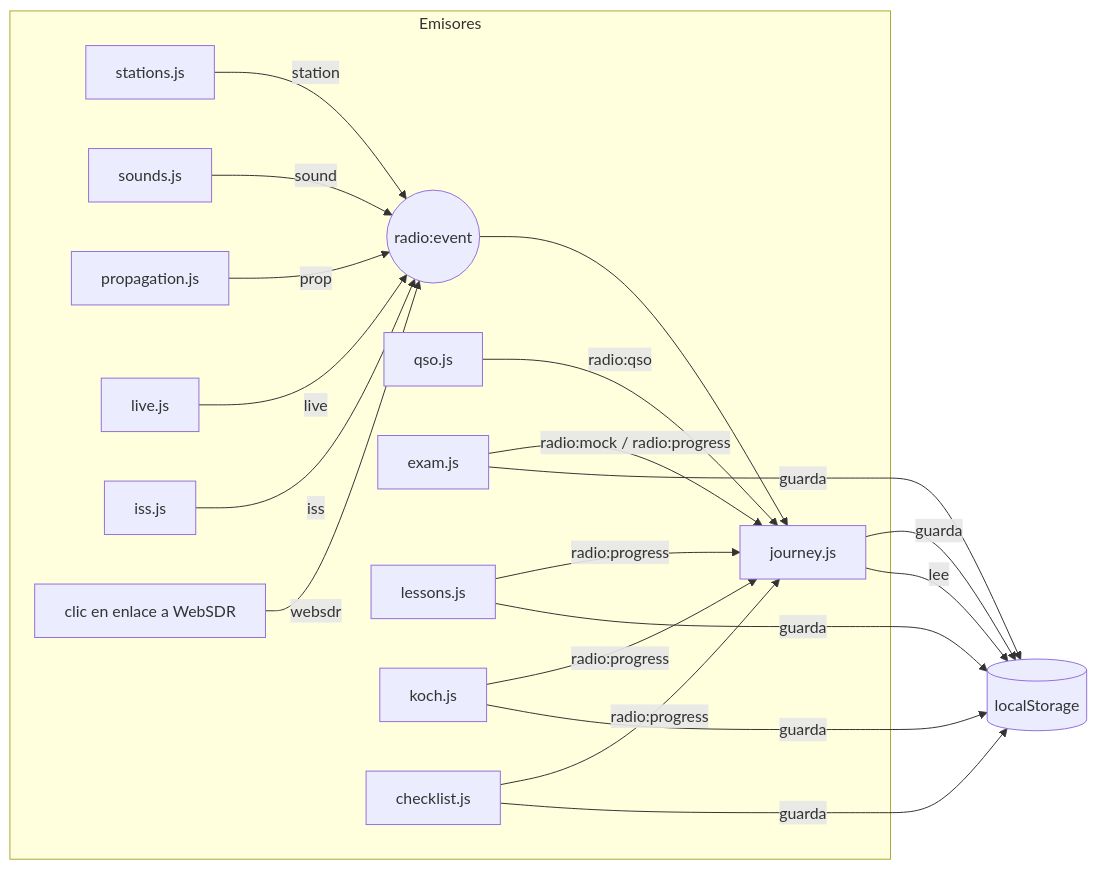
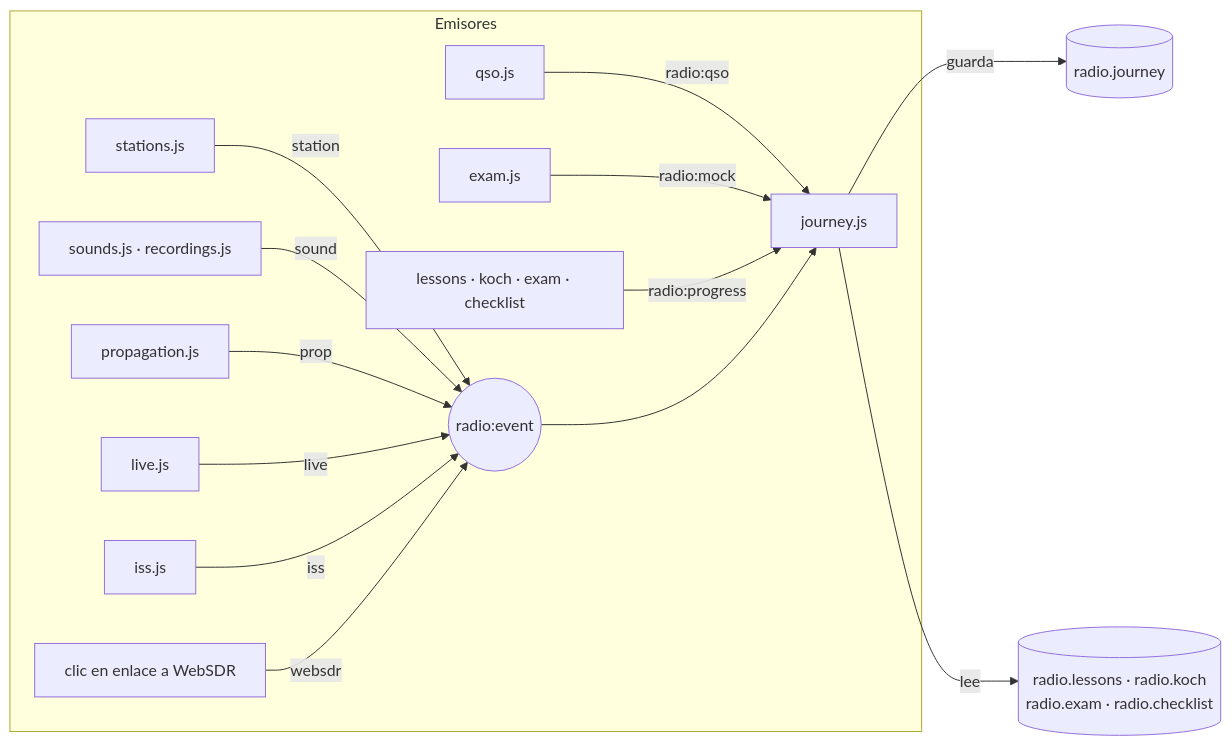
Before and after one commit to serbenda/radio: the fifth of 12 diagrams in docs/ARQUITECTURA.md, drawn with Mermaid. The commit also changed other lines of this file and 27 other files, not shown here.

First line of the commit message:
Documentación completa: índice, historia, arquitectura con diagramas, tutorial, recetas, problemas, estilos y glosario

````diff
--- a/docs/ARQUITECTURA.md
+++ b/docs/ARQUITECTURA.md
@@ -81,23 +277,17 @@
 ```mermaid
 flowchart LR
   subgraph Emisores
     ST[stations.js] -- station --> EV
-    SO[sounds.js] -- sound --> EV
+    SO[sounds.js · recordings.js] -- sound --> EV
     PR[propagation.js] -- prop --> EV
     LI[live.js] -- live --> EV
     IS[iss.js] -- iss --> EV
-    JO_CLICK[clic en enlace a WebSDR] -- websdr --> EV
+    WS[clic en enlace a WebSDR] -- websdr --> EV
     QS[qso.js] -- radio:qso --> J
-    EX[exam.js] -- radio:mock / radio:progress --> J
-    LE[lessons.js] -- radio:progress --> J
-    KO[koch.js] -- radio:progress --> J
-    CH[checklist.js] -- radio:progress --> J
+    EX[exam.js] -- radio:mock --> J
+    P1[lessons · koch · exam · checklist] -- radio:progress --> J
   end
   EV((radio:event)) --> J[journey.js]
-  J -- guarda --> LS[(localStorage)]
-  LE -- guarda --> LS
-  KO -- guarda --> LS
-  EX -- guarda --> LS
-  CH -- guarda --> LS
-  J -- lee --> LS
+  J -- guarda --> LS[(radio.journey)]
+  J -- lee --> O[(radio.lessons · radio.koch<br/>radio.exam · radio.checklist)]
 ```
````
